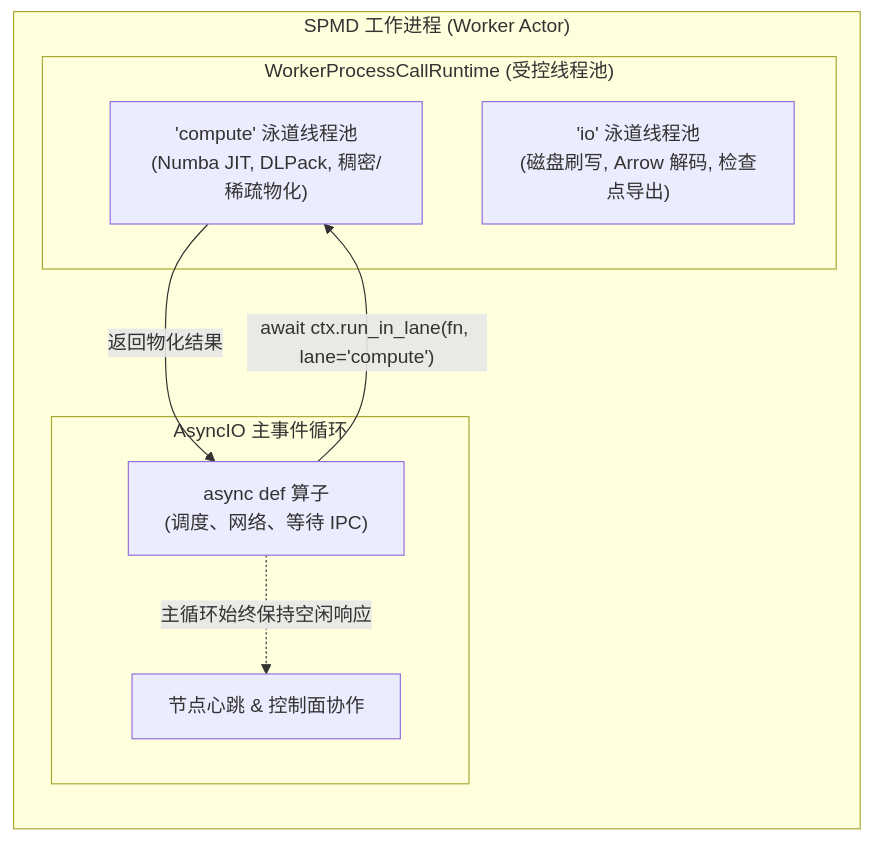
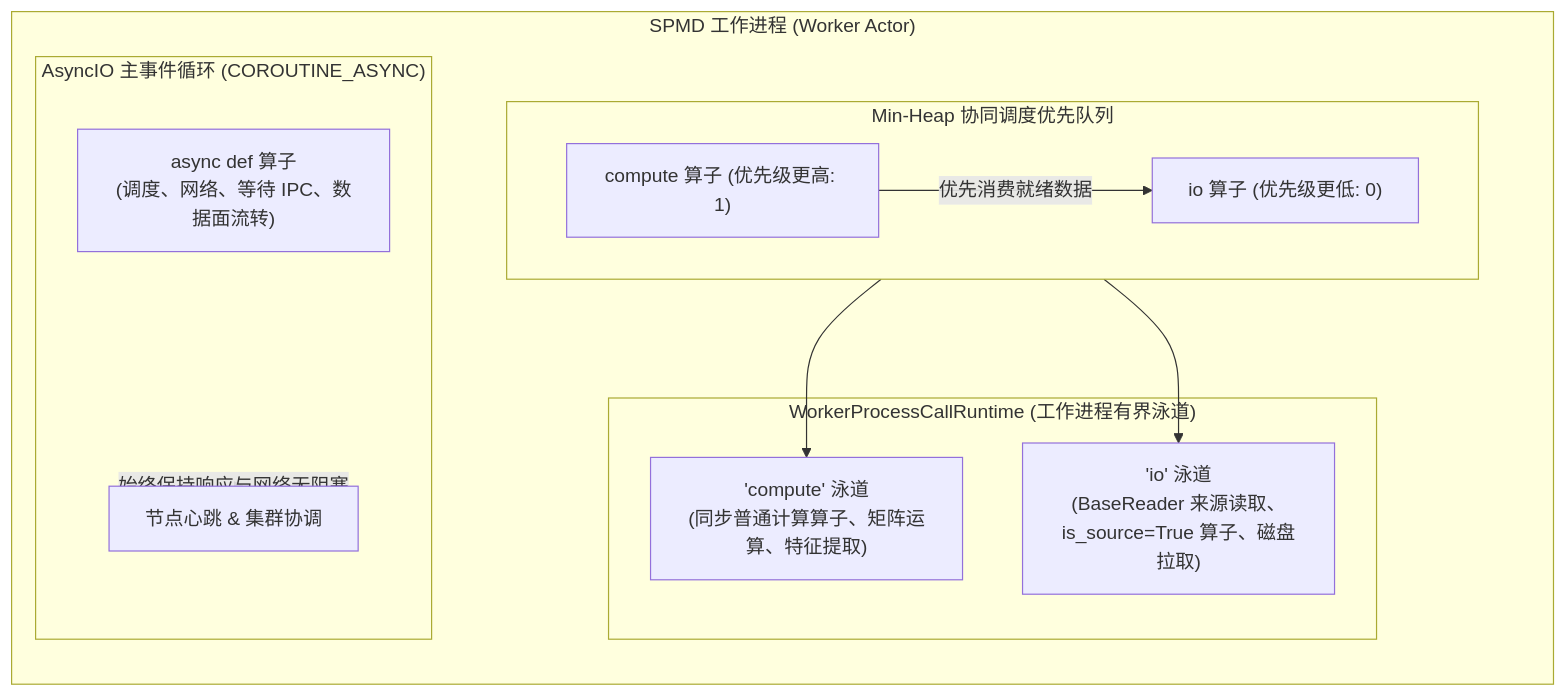
The fourth of 4 diagrams in docs/worker_process_operators_zh.md (fluxway-project/fluxway), drawn with Mermaid before and after one commit. The commit also changed other lines of this file and 17 other files, not shown here.

````diff
--- a/docs/worker_process_operators_zh.md
+++ b/docs/worker_process_operators_zh.md
@@ -215,19 +259,25 @@
 ```mermaid
 flowchart TD
     subgraph SPMDWorker["SPMD 工作进程 (Worker Actor)"]
         direction TB
-        subgraph EventLoop["AsyncIO 主事件循环"]
-            CoroutineOp["async def 算子\n(调度、网络、等待 IPC)"]
-            Heartbeat["节点心跳 & 控制面协作"]
+        subgraph EventLoop["AsyncIO 主事件循环 (COROUTINE_ASYNC)"]
+            CoroutineOp["async def 算子\n(调度、网络、等待 IPC、数据面流转)"]
+            Heartbeat["节点心跳 & 集群协调"]
         end
 
-        subgraph WorkerProcessRuntime["WorkerProcessCallRuntime (受控线程池)"]
-            ComputeLane["'compute' 泳道线程池\n(Numba JIT, DLPack, 稠密/稀疏物化)"]
-            IOLane["'io' 泳道线程池\n(磁盘刷写, Arrow 解码, 检查点导出)"]
+        subgraph WorkerProcessRuntime["WorkerProcessCallRuntime (工作进程有界泳道)"]
+            ComputeLane["'compute' 泳道\n(同步普通计算算子、矩阵运算、特征提取)"]
+            IOLane["'io' 泳道\n(BaseReader 来源读取、is_source=True 算子、磁盘拉取)"]
+        end
+
+        subgraph PriorityQueue["Min-Heap 协同调度优先队列"]
+            ComputeHigher["compute 算子 (优先级更高: 1)"]
+            IOLower["io 算子 (优先级更低: 0)"]
+            ComputeHigher -->|优先消费就绪数据| IOLower
         end
     end
 
-    CoroutineOp -- "await ctx.run_in_lane(fn, lane='compute')" --> ComputeLane
-    CoroutineOp -. "主循环始终保持空闲响应" .-> Heartbeat
-    ComputeLane -- "返回物化结果" --> CoroutineOp
+    EventLoop -. "始终保持响应与网络无阻塞" .-> Heartbeat
+    PriorityQueue --> ComputeLane
+    PriorityQueue --> IOLane
 ```
````
